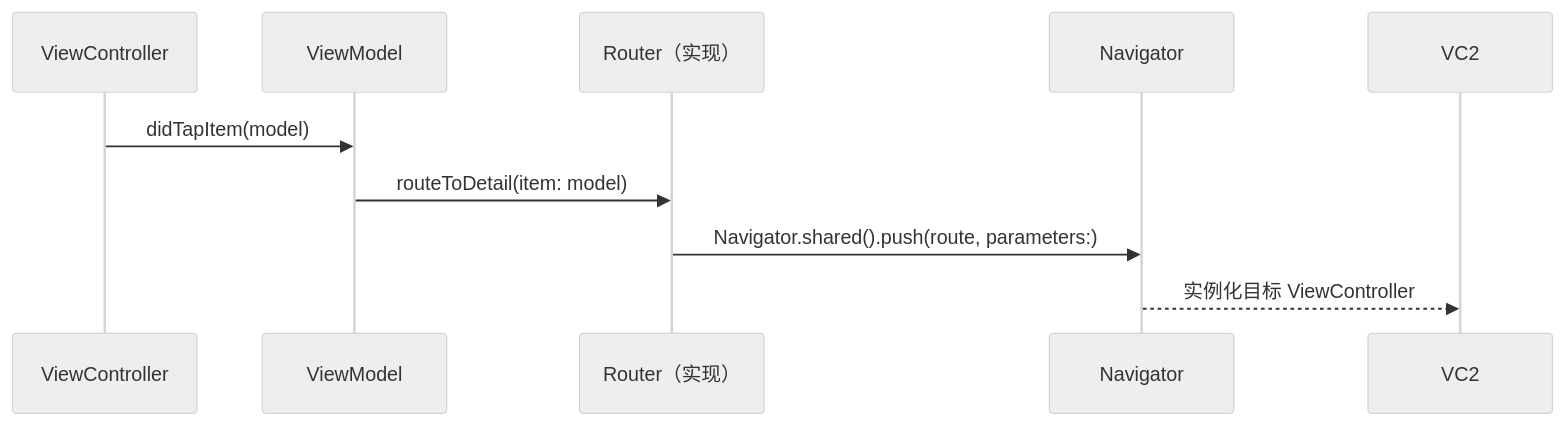
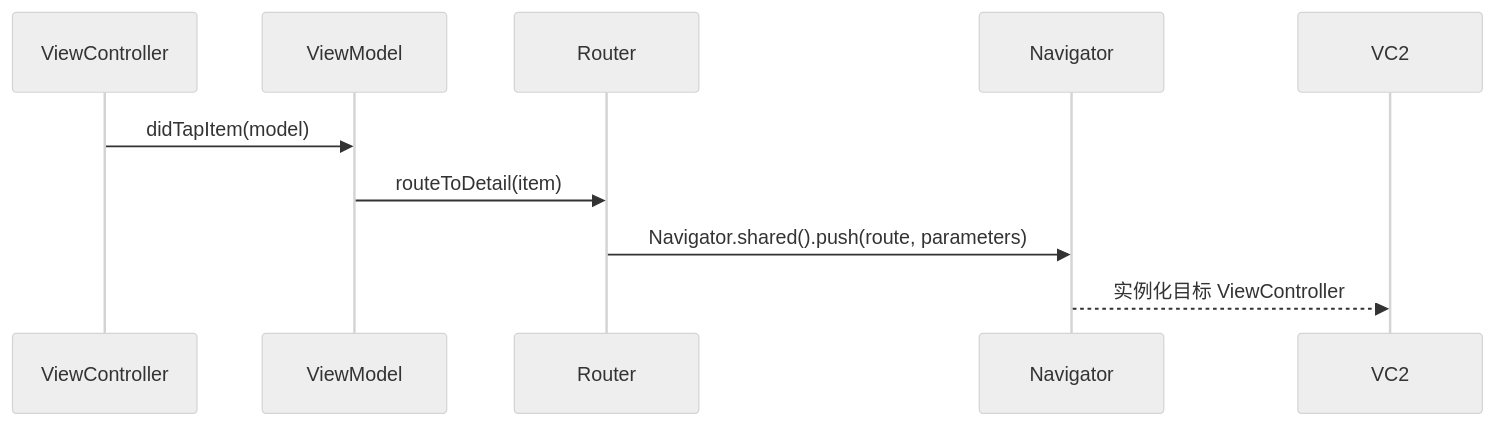
One commit to ildream/learnAI changed the third of 5 diagrams in docs/ios/copilot-workflow.md. Above: the diagram before and after it, drawn with Mermaid (neutral theme). The commit also changed other lines of this file, not shown here.

Commit message:
fix: fix mermaid \n and special chars; add English reference section

````diff
--- a/docs/ios/copilot-workflow.md
+++ b/docs/ios/copilot-workflow.md
@@ -99,12 +97,12 @@
 ```mermaid
 sequenceDiagram
     participant VC as ViewController
     participant VM as ViewModel
-    participant R as Router（实现）
+    participant R as Router
     participant N as Navigator
 
     VC->>VM: didTapItem(model)
-    VM->>R: routeToDetail(item: model)
-    R->>N: Navigator.shared().push(route, parameters:)
+    VM->>R: routeToDetail(item)
+    R->>N: Navigator.shared().push(route, parameters)
     N-->>VC2: 实例化目标 ViewController
 ```
````
